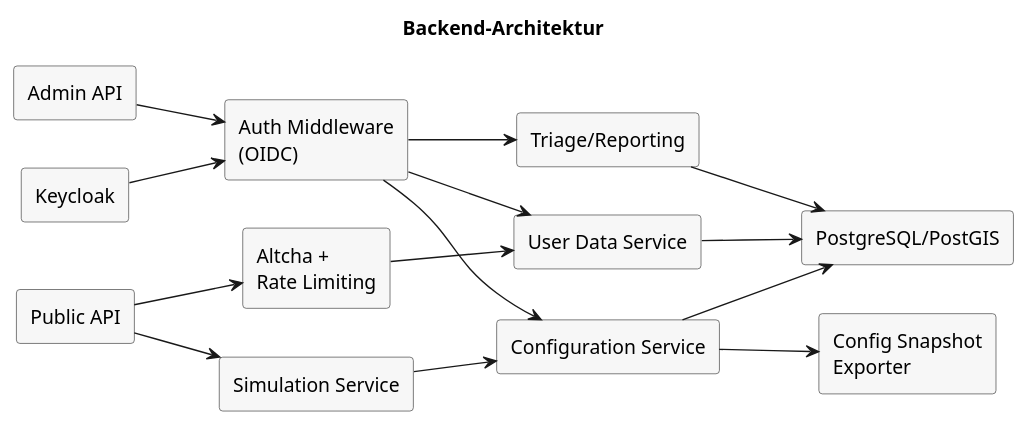
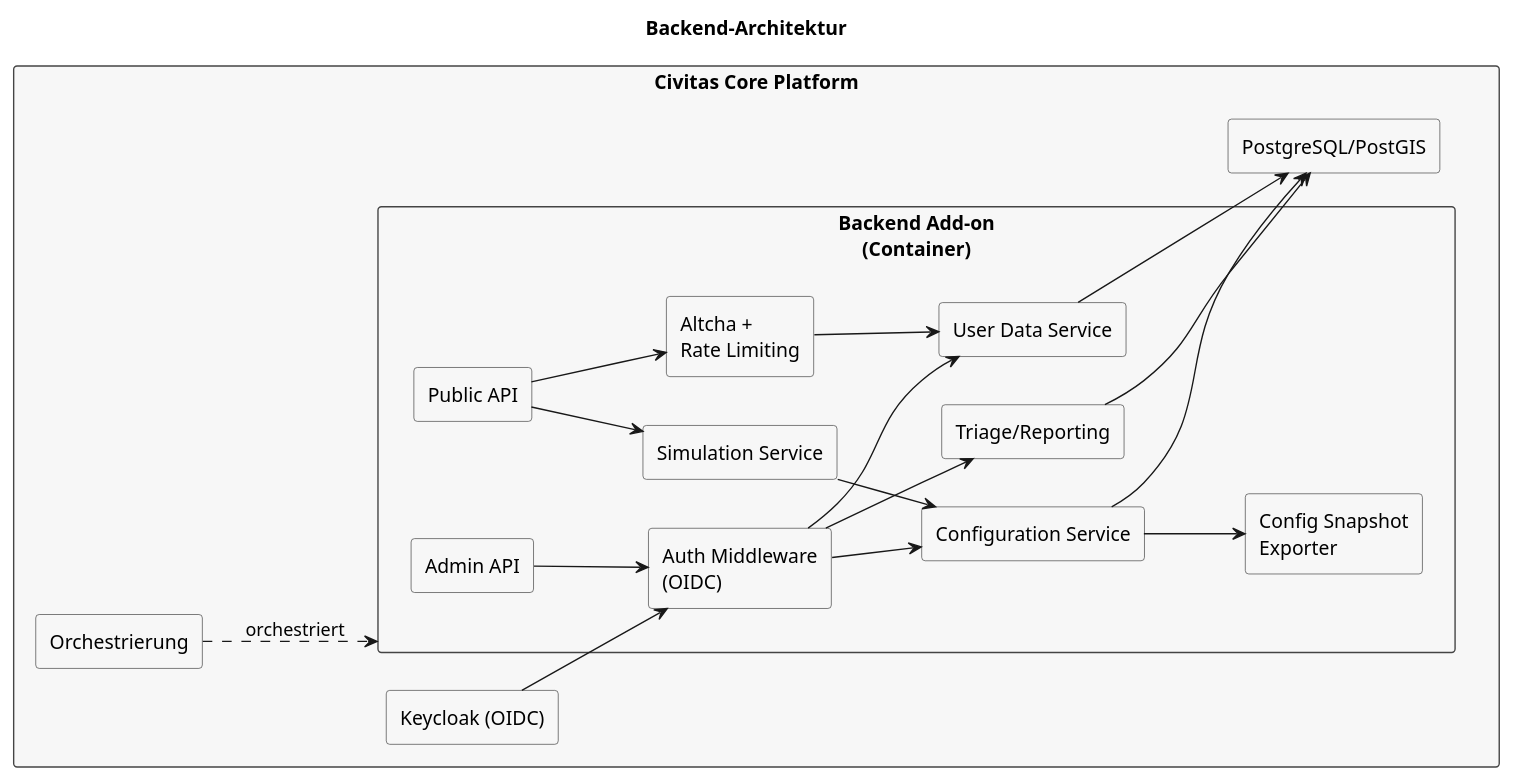
One commit to csi-FOXBYTE/Regensburg_DigitalerEnergieZwilling_Backend changed the diagram in docs/architecture/raw/backend-architecture.puml. Above: the diagram before and after it, drawn with PlantUML. The commit also changed 25 other files, not shown here.

```diff
--- a/docs/architecture/raw/backend-architecture.puml
+++ b/docs/architecture/raw/backend-architecture.puml
@@ -1,36 +1,45 @@
 @startuml
 left to right direction
 skinparam rectangle {
   BackgroundColor #F7F7F7
   BorderColor #444444
 }
 
 title Backend-Architektur
 
-rectangle "Public API" as public_api
-rectangle "Admin API" as admin_api
-rectangle "Altcha +\nRate Limiting" as protect
-rectangle "Auth Middleware\n(OIDC)" as auth
-rectangle "Configuration Service" as config
-rectangle "User Data Service" as user_data
-rectangle "Triage/Reporting" as triage
-rectangle "Simulation Service" as sim
-rectangle "Config Snapshot\nExporter" as export
-rectangle "PostgreSQL/PostGIS" as db
-rectangle "Keycloak" as keycloak
+rectangle "Civitas Core Platform" as civitas {
+  rectangle "Orchestrierung" as orchestrator
+
+  rectangle "Backend Add-on\n(Container)" as backend {
+    rectangle "Public API" as public_api
+    rectangle "Admin API" as admin_api
+    rectangle "Altcha +\nRate Limiting" as protect
+    rectangle "Auth Middleware\n(OIDC)" as auth
+    rectangle "Configuration Service" as config
+    rectangle "User Data Service" as user_data
+    rectangle "Triage/Reporting" as triage
+    rectangle "Simulation Service" as sim
+    rectangle "Config Snapshot\nExporter" as export
+  }
+
+  rectangle "PostgreSQL/PostGIS" as db
+  rectangle "Keycloak (OIDC)" as keycloak
+}
+
+orchestrator ..> backend : orchestriert
 
 public_api --> protect
 protect --> user_data
 public_api --> sim
 admin_api --> auth
 auth --> config
 auth --> triage
 auth --> user_data
 config --> export
 config --> db
 user_data --> db
 triage --> db
 sim --> config
 keycloak --> auth
 
 @enduml
```
